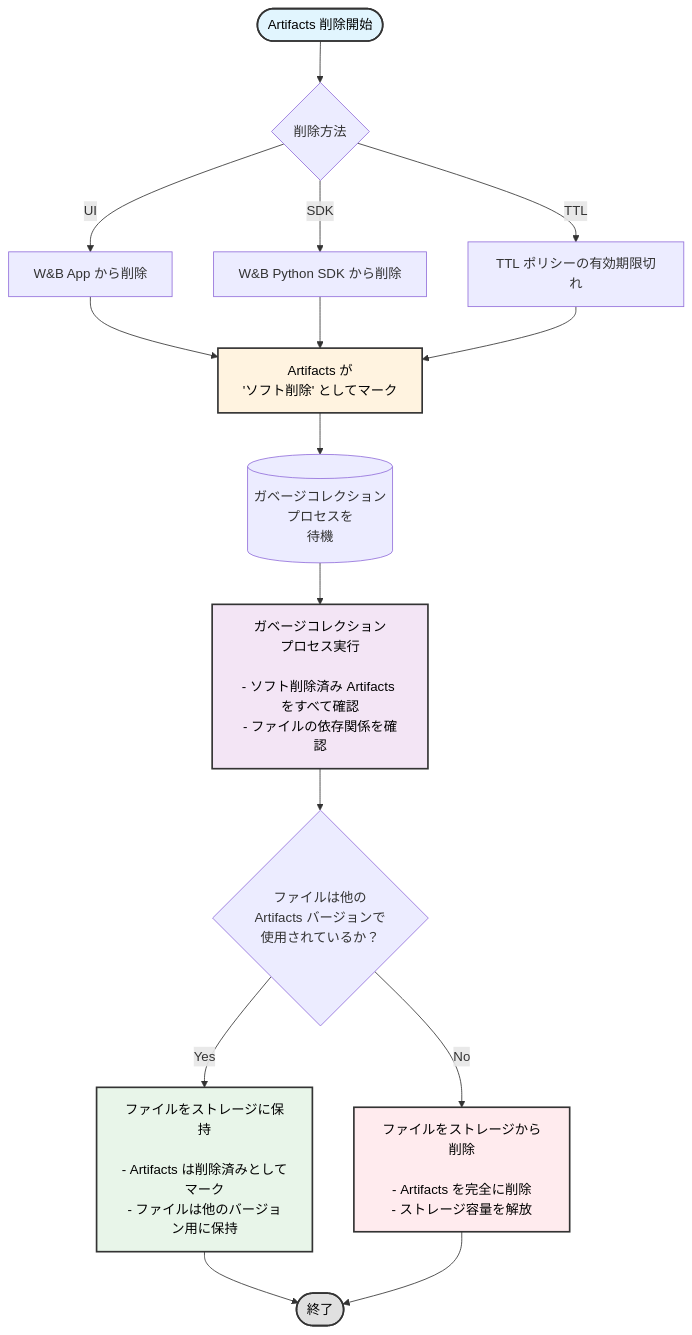
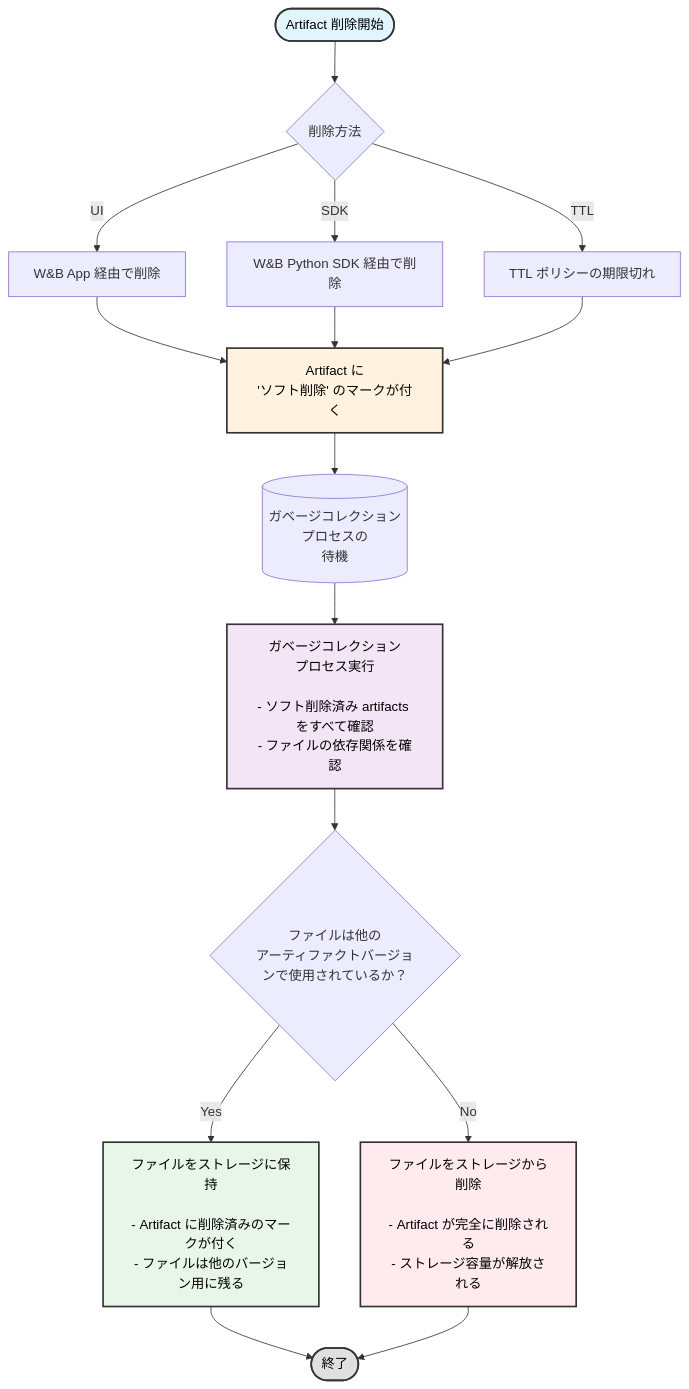
One commit to wandb/docs changed the diagram in ja/models/artifacts/delete-artifacts.mdx. Above: the diagram before and after it, drawn with Mermaid. The commit also changed other lines of this file and 2852 other files, not shown here.

````diff
--- a/ja/models/artifacts/delete-artifacts.mdx
+++ b/ja/models/artifacts/delete-artifacts.mdx
@@ -16,31 +16,31 @@
 ```mermaid
 graph TB
-    Start([Artifacts 削除開始]) --> DeleteMethod{削除方法}
+    Start([Artifact 削除開始]) --> DeleteMethod{削除方法}
     
-    DeleteMethod -->|UI| UIDelete[W&B App から削除]
-    DeleteMethod -->|SDK| SDKDelete[W&B Python SDK から削除]
-    DeleteMethod -->|TTL| TTLDelete[TTL ポリシーの有効期限切れ]
+    DeleteMethod -->|UI| UIDelete[W&B App 経由で削除]
+    DeleteMethod -->|SDK| SDKDelete[W&B Python SDK 経由で削除]
+    DeleteMethod -->|TTL| TTLDelete[TTL ポリシーの期限切れ]
     
-    UIDelete --> SoftDelete[Artifacts が<br/>'ソフト削除' としてマーク]
+    UIDelete --> SoftDelete[Artifact に<br/>'ソフト削除' のマークが付く]
     SDKDelete --> SoftDelete
     TTLDelete --> SoftDelete
     
-    SoftDelete --> GCWait[(ガベージコレクション<br/>プロセスを<br/>待機)]
+    SoftDelete --> GCWait[(ガベージコレクション<br/>プロセスの<br/>待機)]
     
-    GCWait --> GCRun[ガベージコレクション<br/>プロセス実行<br/><br/>- ソフト削除済み Artifacts をすべて確認<br/>- ファイルの依存関係を確認]
+    GCWait --> GCRun[ガベージコレクション<br/>プロセス実行<br/><br/>- ソフト削除済み artifacts をすべて確認<br/>- ファイルの依存関係を確認]
     
-    GCRun --> CheckUsage{ファイルは他の<br/>Artifacts バージョンで<br/>使用されているか？}
+    GCRun --> CheckUsage{ファイルは他の<br/>アーティファクトバージョンで使用されているか？}
     
-    CheckUsage -->|Yes| KeepFiles[ファイルをストレージに保持<br/><br/>- Artifacts は削除済みとしてマーク<br/>- ファイルは他のバージョン用に保持]
-    CheckUsage -->|No| DeleteFiles[ファイルをストレージから削除<br/><br/>- Artifacts を完全に削除<br/>- ストレージ容量を解放]
+    CheckUsage -->|Yes| KeepFiles[ファイルをストレージに保持<br/><br/>- Artifact に削除済みのマークが付く<br/>- ファイルは他のバージョン用に残る]
+    CheckUsage -->|No| DeleteFiles[ファイルをストレージから削除<br/><br/>- Artifact が完全に削除される<br/>- ストレージ容量が解放される]
     
     KeepFiles --> End([終了])
     DeleteFiles --> End
     
     style Start fill:#e1f5fe,stroke:#333,stroke-width:2px,color:#000
     style SoftDelete fill:#fff3e0,stroke:#333,stroke-width:2px,color:#000
     style GCRun fill:#f3e5f5,stroke:#333,stroke-width:2px,color:#000
     style KeepFiles fill:#e8f5e9,stroke:#333,stroke-width:2px,color:#000
     style DeleteFiles fill:#ffebee,stroke:#333,stroke-width:2px,color:#000
     style End fill:#e0e0e0,stroke:#333,stroke-width:2px,color:#000
 ```
````
